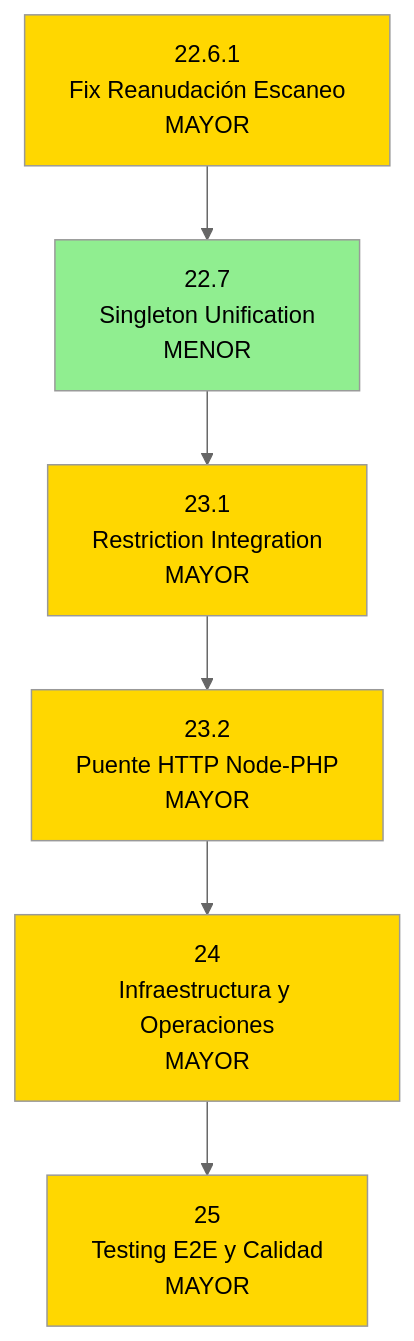
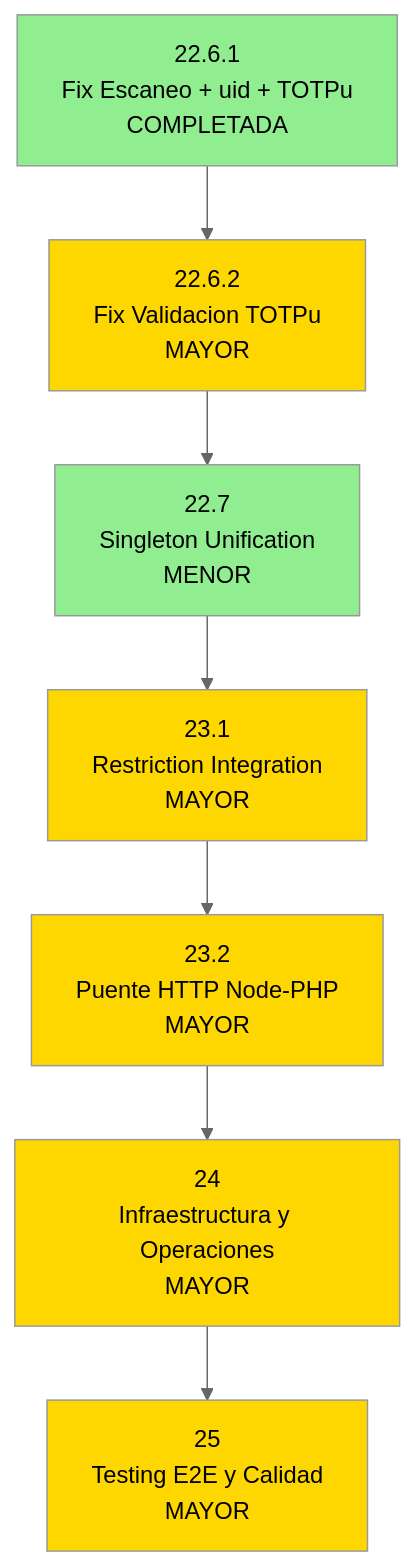
Before and after one commit to Ragnarsss/capstone-backend: the diagram in ROADMAP.md, drawn with Mermaid (neutral theme). The commit also changed other lines of this file, not shown here.

First line of the commit message:
docs(roadmap): marcar 22.6.1 completada, agregar 22.6.2

````diff
--- a/ROADMAP.md
+++ b/ROADMAP.md
@@ -55,22 +56,25 @@
 ```mermaid
 flowchart TB
-    P1[22.6.1<br/>Fix Reanudación Escaneo<br/>MAYOR]
+    P0[22.6.1<br/>Fix Escaneo + uid + TOTPu<br/>COMPLETADA]
+    P1[22.6.2<br/>Fix Validacion TOTPu<br/>MAYOR]
     P2[22.7<br/>Singleton Unification<br/>MENOR]
     P3[23.1<br/>Restriction Integration<br/>MAYOR]
     P4[23.2<br/>Puente HTTP Node-PHP<br/>MAYOR]
     P5[24<br/>Infraestructura y Operaciones<br/>MAYOR]
     P6[25<br/>Testing E2E y Calidad<br/>MAYOR]
     
+    P0 --> P1
     P1 --> P2
     P2 --> P3
     P3 --> P4
     P4 --> P5
     P5 --> P6
 
+    style P0 fill:#90EE90
     style P1 fill:#FFD700
     style P2 fill:#90EE90
     style P3 fill:#FFD700
     style P4 fill:#FFD700
     style P5 fill:#FFD700
     style P6 fill:#FFD700
 ```
````
